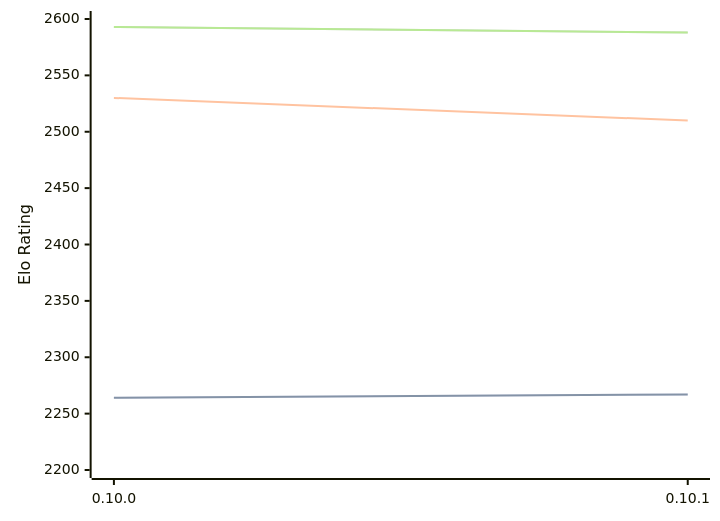
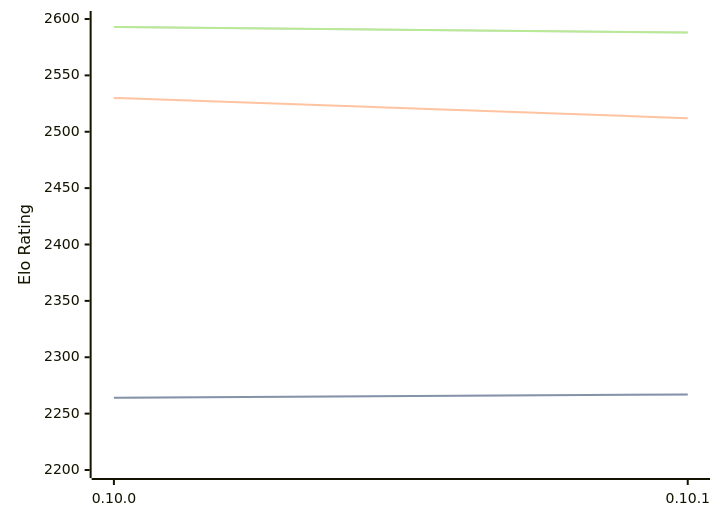
The diagram in engines/Fatalii.md (computer-chess-index/cci), drawn with Mermaid before and after one commit. The commit also changed other lines of this file, not shown here.

````diff
--- a/engines/Fatalii.md
+++ b/engines/Fatalii.md
@@ -32,11 +32,11 @@
 ```mermaid
 %%{init: {"theme":"base","themeVariables":{"seriesColors:['#a3a3a3','#222221','#faa371']}}}%%
 xychart-beta
   x-axis ["0.10.0", "0.10.1"]
   y-axis "Elo Rating" 2200 --> 2600
   line "STC (8.0+0.08s)" [2264, 2267]
   line "STC (8.0+0.08s)" [2264, 2267]
-  line "LTC (60.0+0.60s)" [2530, 2510]
+  line "LTC (60.0+0.60s)" [2530, 2512]
   line "VLTC (2m24s+1.12s)" [2593, 2588]
   line "VLTC (2m24s+1.12s)" [2593, 2588]
 ```
````
